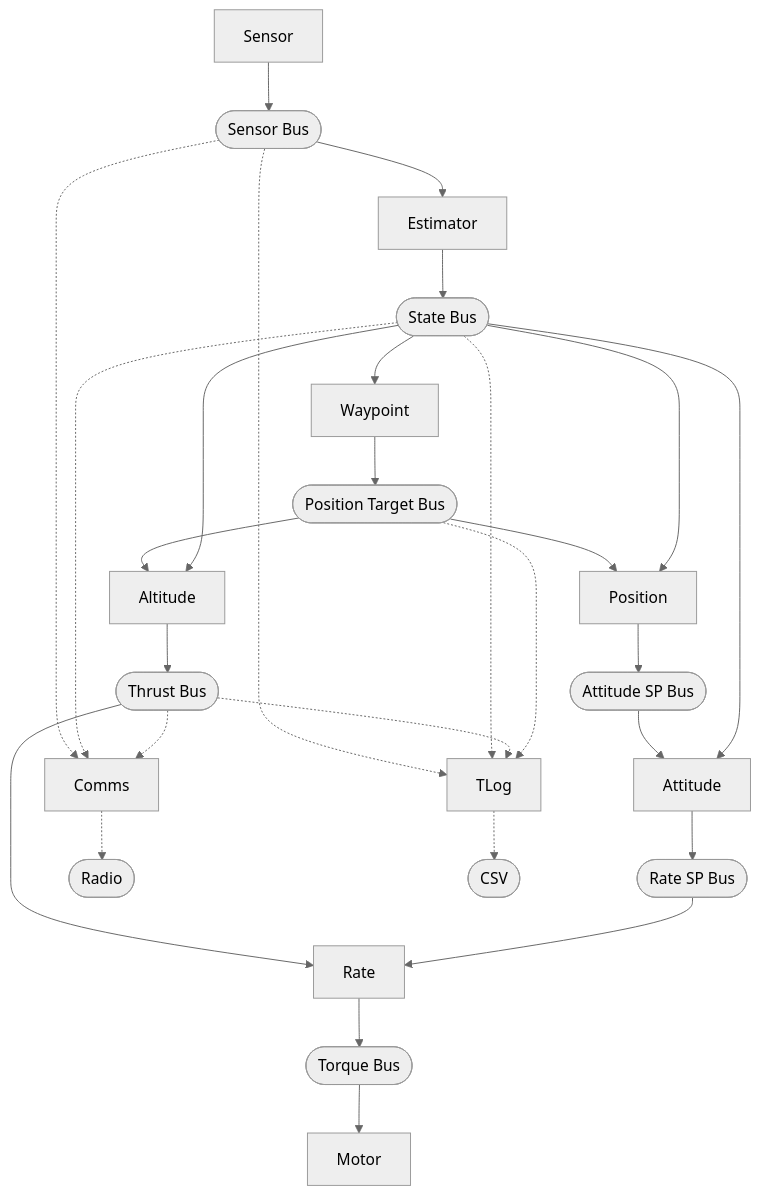
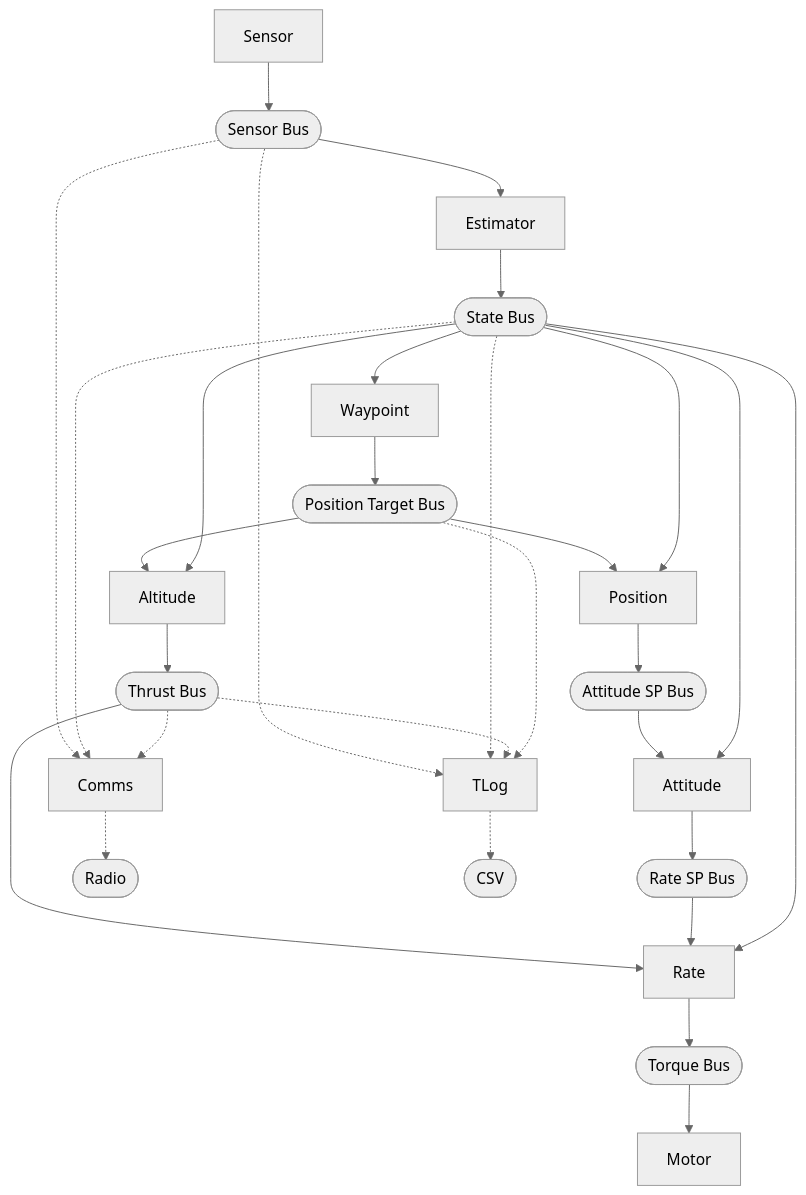
Before and after one commit to joagre/hive: the diagram in examples/pilot/README.md, drawn with Mermaid (neutral theme).

Commit message:
Fix pilot README.md diagram: add StateBus --> Rate connection
Rate actor subscribes to state_bus for current angular rates,
but this was missing from the diagram.

````diff
--- a/examples/pilot/README.md
+++ b/examples/pilot/README.md
@@ -160,23 +160,24 @@
 ```mermaid
 graph TB
     Sensor[Sensor] --> SensorBus([Sensor Bus]) --> Estimator[Estimator] --> StateBus([State Bus])
 
     StateBus --> Waypoint[Waypoint] --> PositionTargetBus([Position Target Bus])
     PositionTargetBus --> Altitude[Altitude] --> ThrustBus([Thrust Bus]) --> Rate[Rate]
     PositionTargetBus --> Position[Position]
     StateBus --> Altitude
     StateBus --> Position --> AttitudeSP([Attitude SP Bus]) --> Attitude[Attitude]
     StateBus --> Attitude --> RateSP([Rate SP Bus]) --> Rate
+    StateBus --> Rate
     Rate --> TorqueBus([Torque Bus]) --> Motor[Motor]
 
     SensorBus -.-> Comms[Comms]
     StateBus -.-> Comms
     ThrustBus -.-> Comms
     Comms -.-> Radio([Radio])
 
     SensorBus -.-> TLog[TLog]
     StateBus -.-> TLog
     ThrustBus -.-> TLog
     PositionTargetBus -.-> TLog
     TLog -.-> CSV([CSV])
 ```
````
